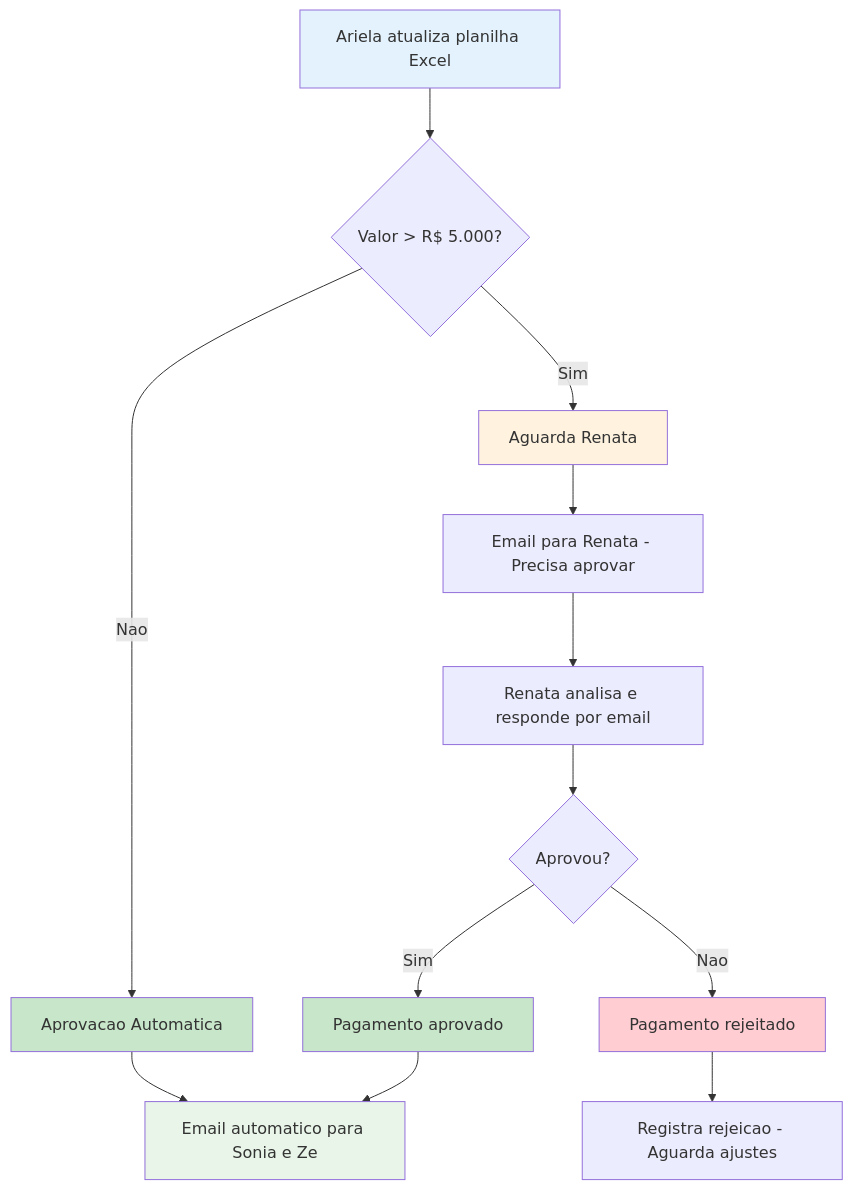
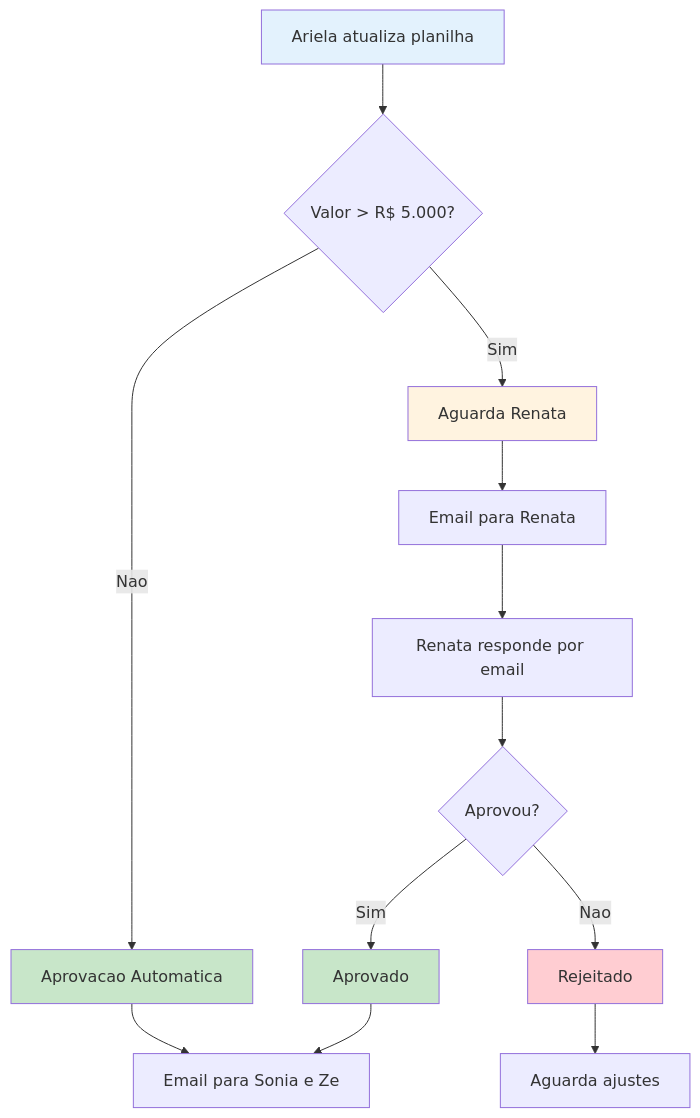
One commit to emanuelcosta-git/epoch-dream-builder changed the first of 6 diagrams in FLUXO_REAL_VIDA_MAIS.md. Above: the diagram before and after it, drawn with Mermaid. The commit also changed other lines of this file, not shown here.

````diff
--- a/FLUXO_REAL_VIDA_MAIS.md
+++ b/FLUXO_REAL_VIDA_MAIS.md
@@ -19,26 +19,20 @@
 ```mermaid
 flowchart TD
-    A[Ariela atualiza planilha Excel] --> B{Valor > R$ 5.000?}
-    
+    A[Ariela atualiza planilha] --> B{Valor > R$ 5.000?}
     B -->|Nao| C[Aprovacao Automatica]
     B -->|Sim| D[Aguarda Renata]
-    
-    C --> E[Email automatico para Sonia e Ze]
-    
-    D --> F[Email para Renata - Precisa aprovar]
-    F --> G[Renata analisa e responde por email]
-    
+    C --> E[Email para Sonia e Ze]
+    D --> F[Email para Renata]
+    F --> G[Renata responde por email]
     G --> H{Aprovou?}
-    H -->|Sim| I[Pagamento aprovado]
-    H -->|Nao| J[Pagamento rejeitado]
-    
+    H -->|Sim| I[Aprovado]
+    H -->|Nao| J[Rejeitado]
     I --> E
-    J --> K[Registra rejeicao - Aguarda ajustes]
+    J --> K[Aguarda ajustes]
     
     style A fill:#e3f2fd
     style C fill:#c8e6c9
     style D fill:#fff3e0
     style I fill:#c8e6c9
     style J fill:#ffcdd2
-    style E fill:#e8f5e8
 ```
````
